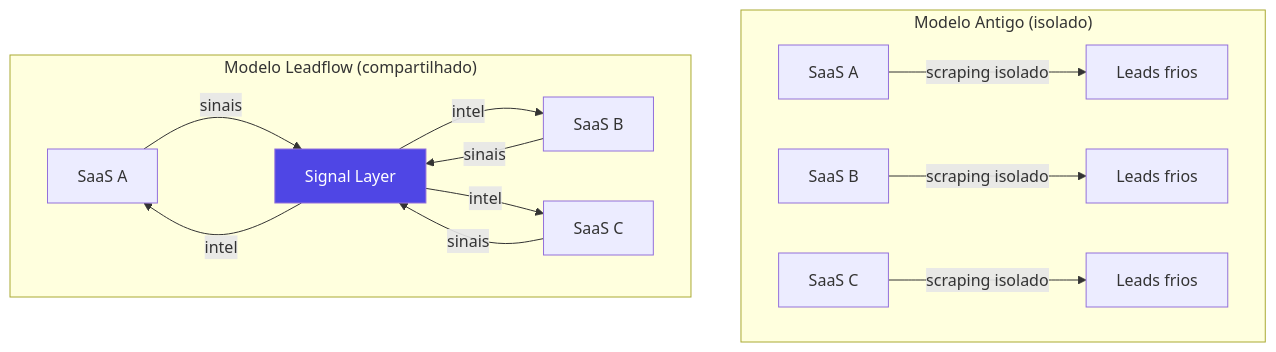
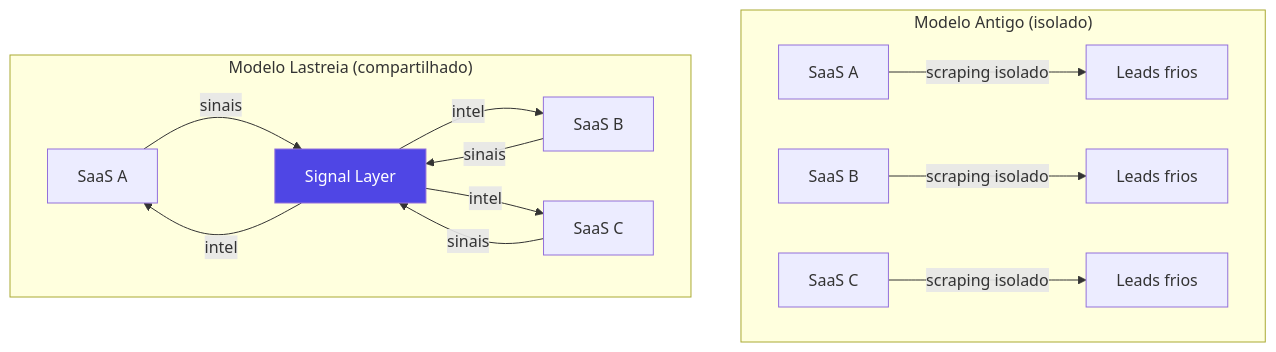
One commit to leonardo-lacerda/LeadFlow changed the first of 2 diagrams in POSITIONING.md. Above: the diagram before and after it, drawn with Mermaid. The commit also changed other lines of this file and 45 other files, not shown here.

````diff
--- a/POSITIONING.md
+++ b/POSITIONING.md
@@ -36,19 +36,19 @@
 ```mermaid
 graph TD
     subgraph "Modelo Antigo (isolado)"
         A1[SaaS A] -->|scraping isolado| B1[Leads frios]
         A2[SaaS B] -->|scraping isolado| B2[Leads frios]
         A3[SaaS C] -->|scraping isolado| B3[Leads frios]
     end
 
-    subgraph "Modelo Leadflow (compartilhado)"
+    subgraph "Modelo Lastreia (compartilhado)"
         C1[SaaS A] -->|sinais| D[Signal Layer]
         C2[SaaS B] -->|sinais| D
         C3[SaaS C] -->|sinais| D
         D -->|intel| C1
         D -->|intel| C2
         D -->|intel| C3
     end
 
     style D fill:#4f46e5,color:#fff
 ```
````
